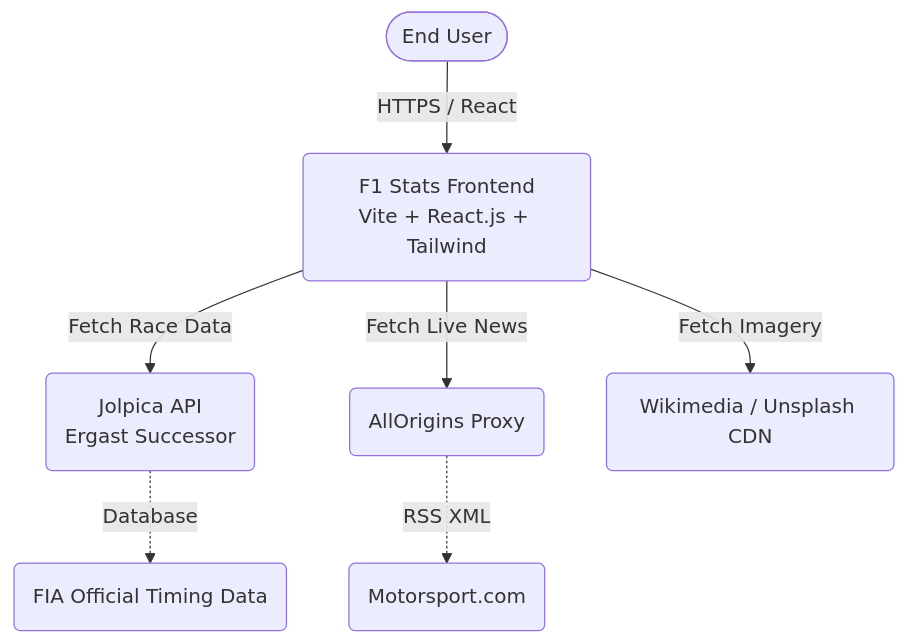
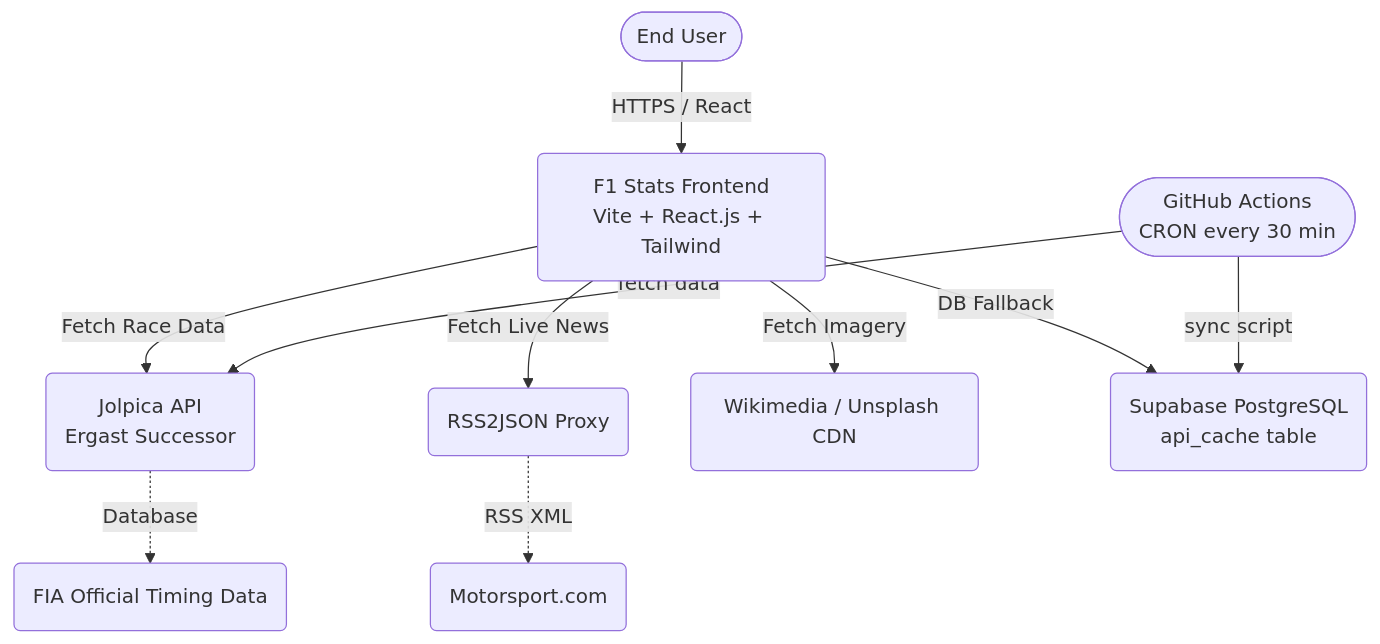
One commit to Kiiirtan/f1-stats-app changed the first of 3 diagrams in docs/pitch_deck.md. Above: the diagram before and after it, drawn with Mermaid. The commit also changed other lines of this file and 69 other files, not shown here.

````diff
--- a/docs/pitch_deck.md
+++ b/docs/pitch_deck.md
@@ -44,11 +51,15 @@
 ```mermaid
 graph TD
     User([End User]) --> |HTTPS / React| Frontend(F1 Stats Frontend<br/>Vite + React.js + Tailwind)
-    
+
     Frontend --> |Fetch Race Data| Jolpica(Jolpica API<br/>Ergast Successor)
-    Frontend --> |Fetch Live News| CORSProxy(AllOrigins Proxy)
+    Frontend --> |Fetch Live News| RSS2JSON(RSS2JSON Proxy)
     Frontend --> |Fetch Imagery| Assets(Wikimedia / Unsplash CDN)
-    
-    CORSProxy -.-> |RSS XML| Motorsport(Motorsport.com)
+    Frontend --> |DB Fallback| Supabase(Supabase PostgreSQL<br/>api_cache table)
+
+    RSS2JSON -.-> |RSS XML| Motorsport(Motorsport.com)
     Jolpica -.-> |Database| FIA(FIA Official Timing Data)
+
+    GHA([GitHub Actions<br/>CRON every 30 min]) --> |sync script| Supabase
+    GHA --> |fetch data| Jolpica
 ```
````
